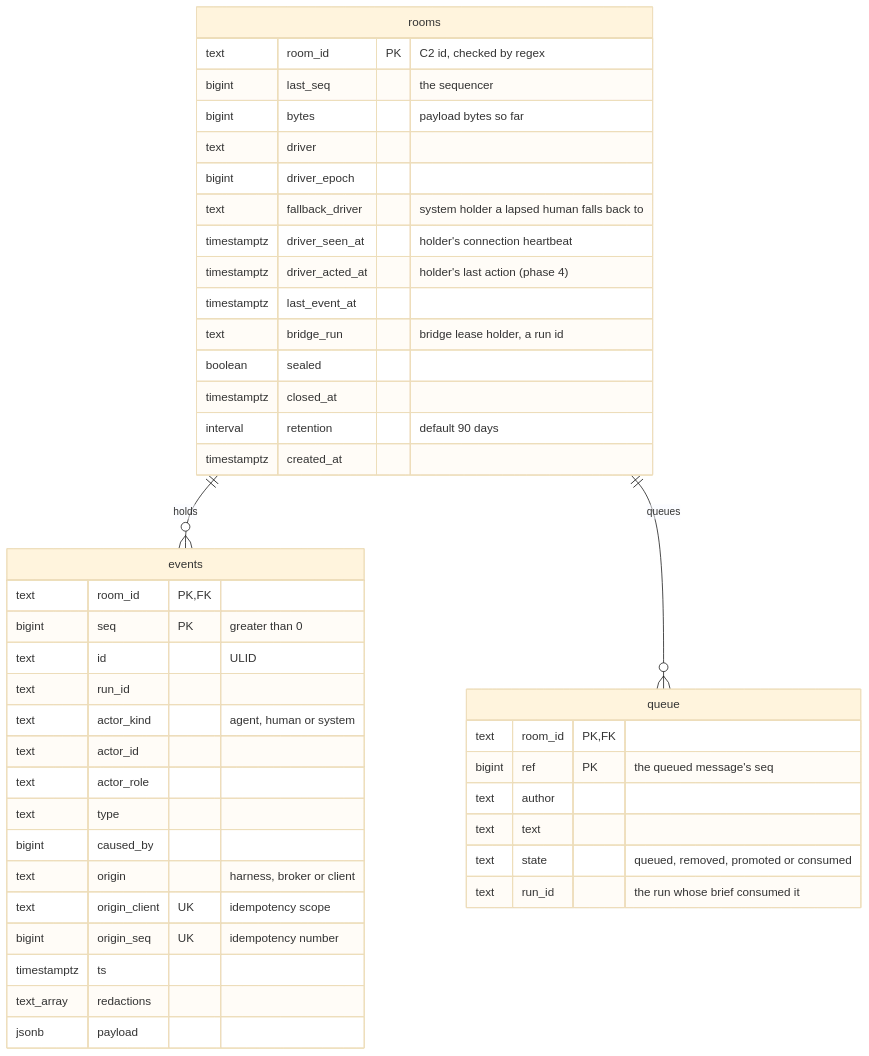
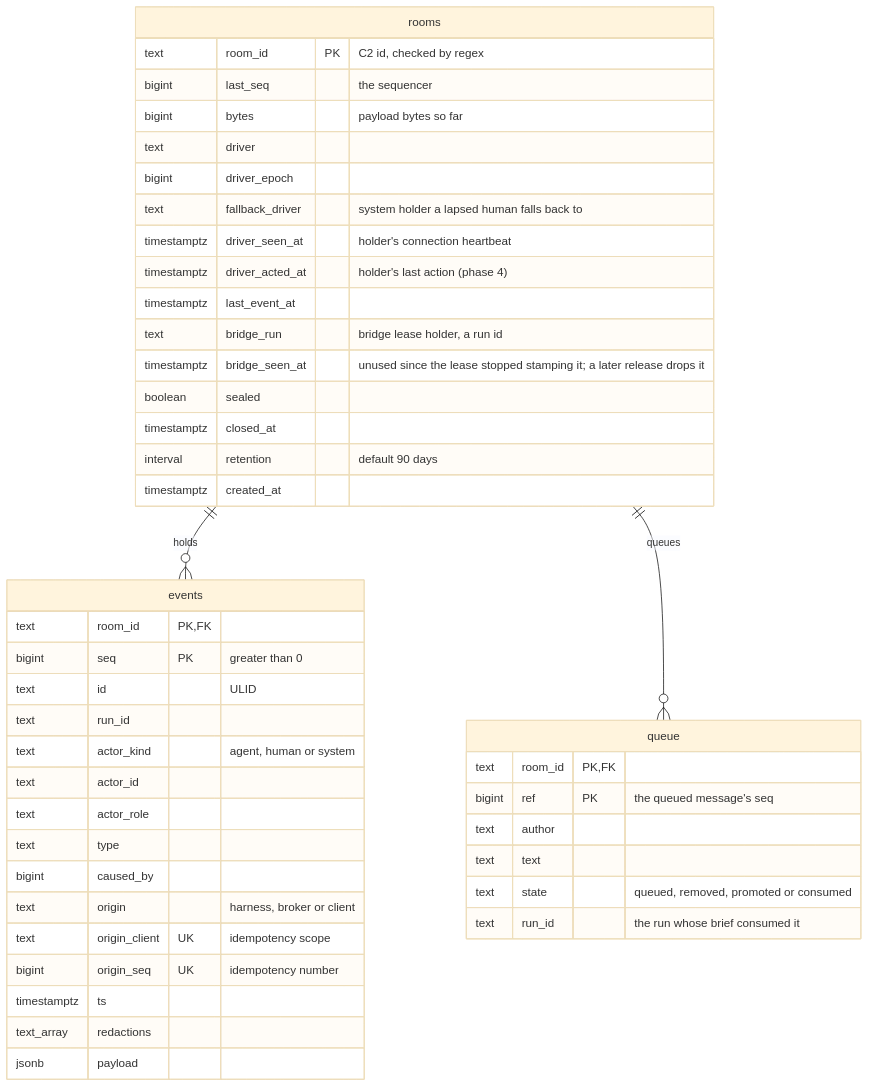
Before and after one commit to Smana/agent-platform: the first of 3 diagrams in docs/room-log.md, drawn with Mermaid (base theme). The commit also changed other lines of this file and 5 other files, not shown here.

First line of the commit message:
refactor(store): stop using bridge_seen_at; the drop waits for a later release

````diff
--- a/docs/room-log.md
+++ b/docs/room-log.md
@@ -12,46 +12,47 @@
 ```mermaid
 erDiagram
   rooms ||--o{ events : "holds"
   rooms ||--o{ queue : "queues"
   rooms {
     text room_id PK "C2 id, checked by regex"
     bigint last_seq "the sequencer"
     bigint bytes "payload bytes so far"
     text driver
     bigint driver_epoch
     text fallback_driver "system holder a lapsed human falls back to"
     timestamptz driver_seen_at "holder's connection heartbeat"
     timestamptz driver_acted_at "holder's last action (phase 4)"
     timestamptz last_event_at
     text bridge_run "bridge lease holder, a run id"
+    timestamptz bridge_seen_at "unused since the lease stopped stamping it; a later release drops it"
     boolean sealed
     timestamptz closed_at
     interval retention "default 90 days"
     timestamptz created_at
   }
   events {
     text room_id PK, FK
     bigint seq PK "greater than 0"
     text id "ULID"
     text run_id
     text actor_kind "agent, human or system"
     text actor_id
     text actor_role
     text type
     bigint caused_by
     text origin "harness, broker or client"
     text origin_client UK "idempotency scope"
     bigint origin_seq UK "idempotency number"
     timestamptz ts
     text_array redactions
     jsonb payload
   }
   queue {
     text room_id PK, FK
     bigint ref PK "the queued message's seq"
     text author
     text text
     text state "queued, removed, promoted or consumed"
     text run_id "the run whose brief consumed it"
   }
 ```
````
